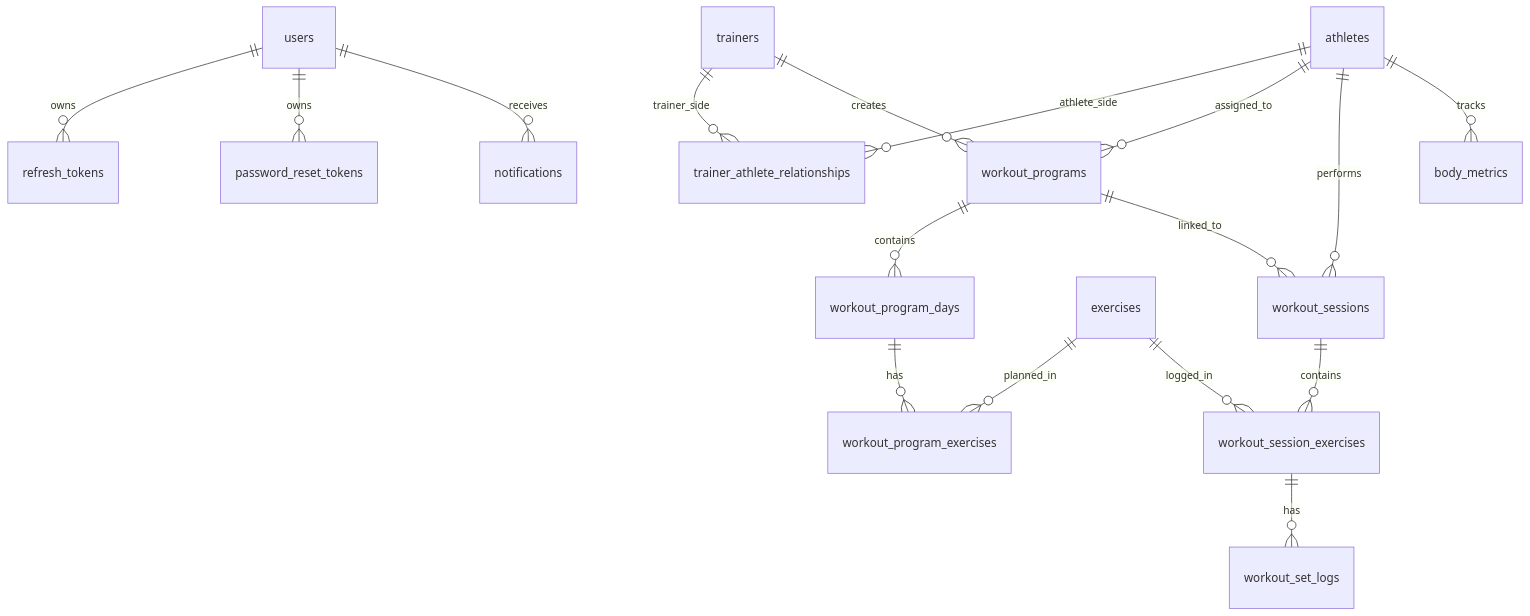
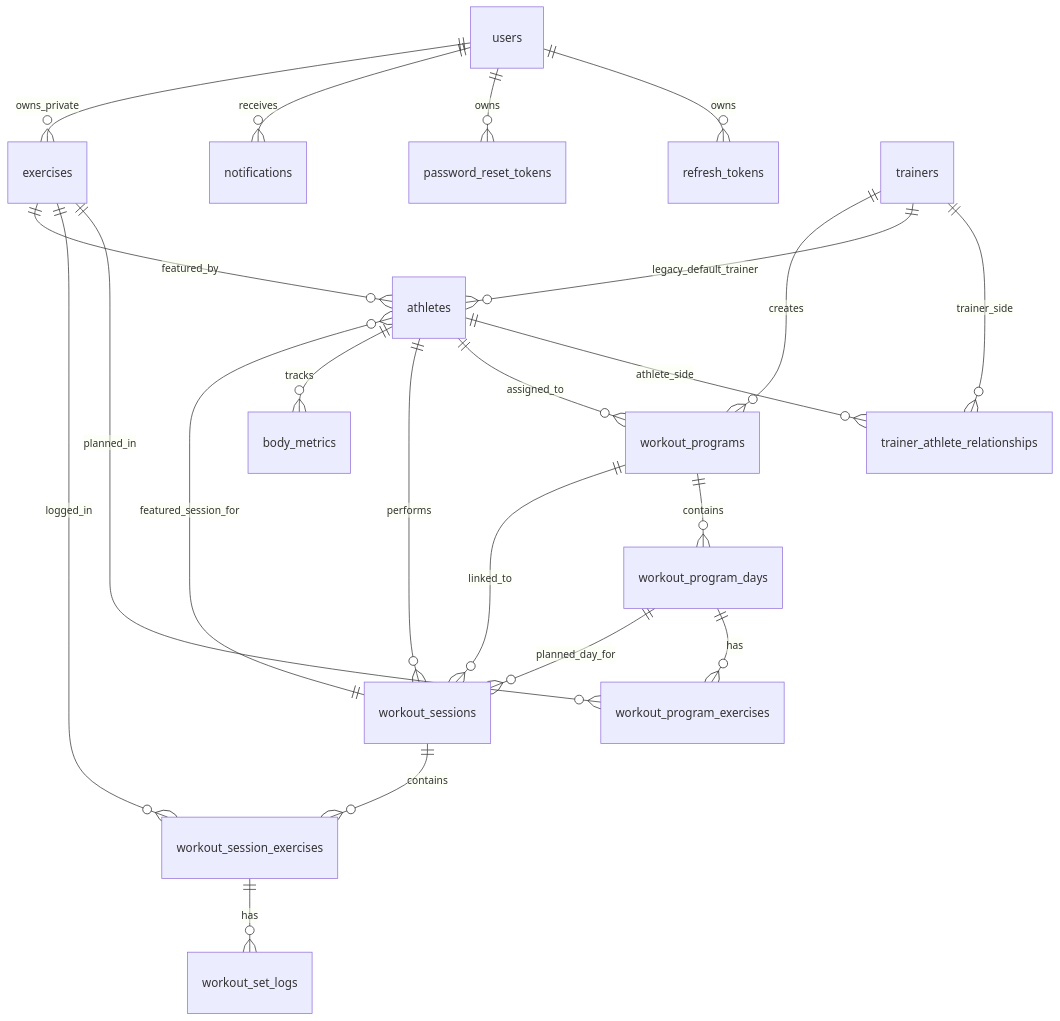
Before and after one commit to fatihkesik01/TrackMe-Docs: the diagram in database/erd.md, drawn with Mermaid. The commit also changed other lines of this file and 23 other files, not shown here.

````diff
--- a/database/erd.md
+++ b/database/erd.md
@@ -5,26 +5,31 @@
 ```mermaid
 erDiagram
     users ||--o{ refresh_tokens : owns
     users ||--o{ password_reset_tokens : owns
     users ||--o{ notifications : receives
+    users ||--o{ exercises : owns_private
 
     trainers ||--o{ trainer_athlete_relationships : trainer_side
     athletes ||--o{ trainer_athlete_relationships : athlete_side
+    trainers ||--o{ athletes : legacy_default_trainer
 
     trainers ||--o{ workout_programs : creates
     athletes ||--o{ workout_programs : assigned_to
 
     workout_programs ||--o{ workout_program_days : contains
     workout_program_days ||--o{ workout_program_exercises : has
+    workout_program_days ||--o{ workout_sessions : planned_day_for
 
     exercises ||--o{ workout_program_exercises : planned_in
     exercises ||--o{ workout_session_exercises : logged_in
+    exercises ||--o{ athletes : featured_by
 
     athletes ||--o{ workout_sessions : performs
     workout_programs ||--o{ workout_sessions : linked_to
+    workout_sessions ||--o{ athletes : featured_session_for
 
     workout_sessions ||--o{ workout_session_exercises : contains
     workout_session_exercises ||--o{ workout_set_logs : has
 
     athletes ||--o{ body_metrics : tracks
 ```
````
